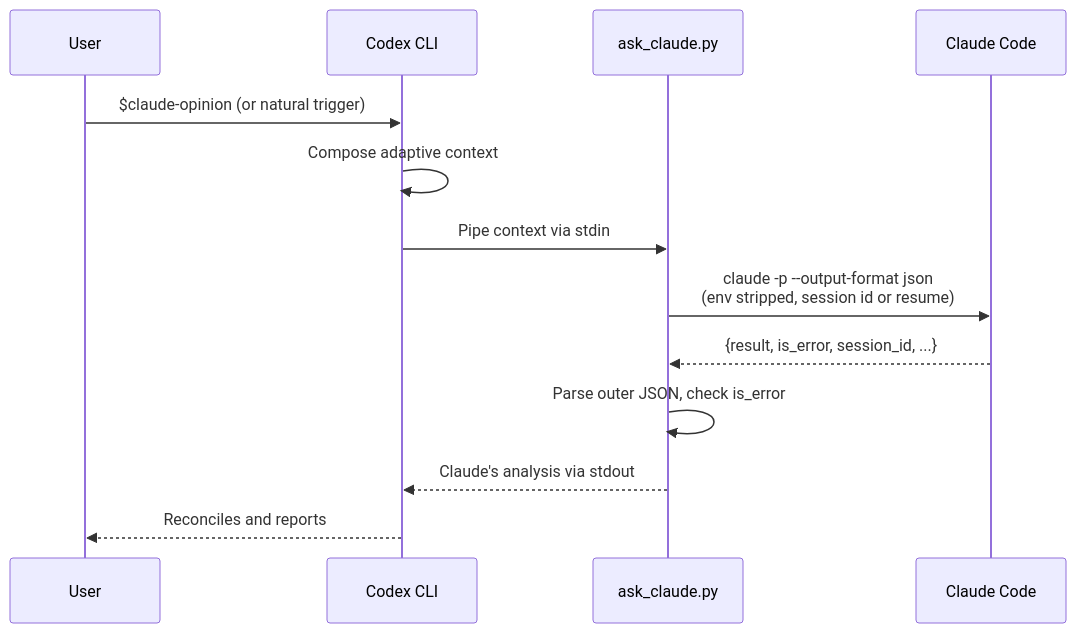
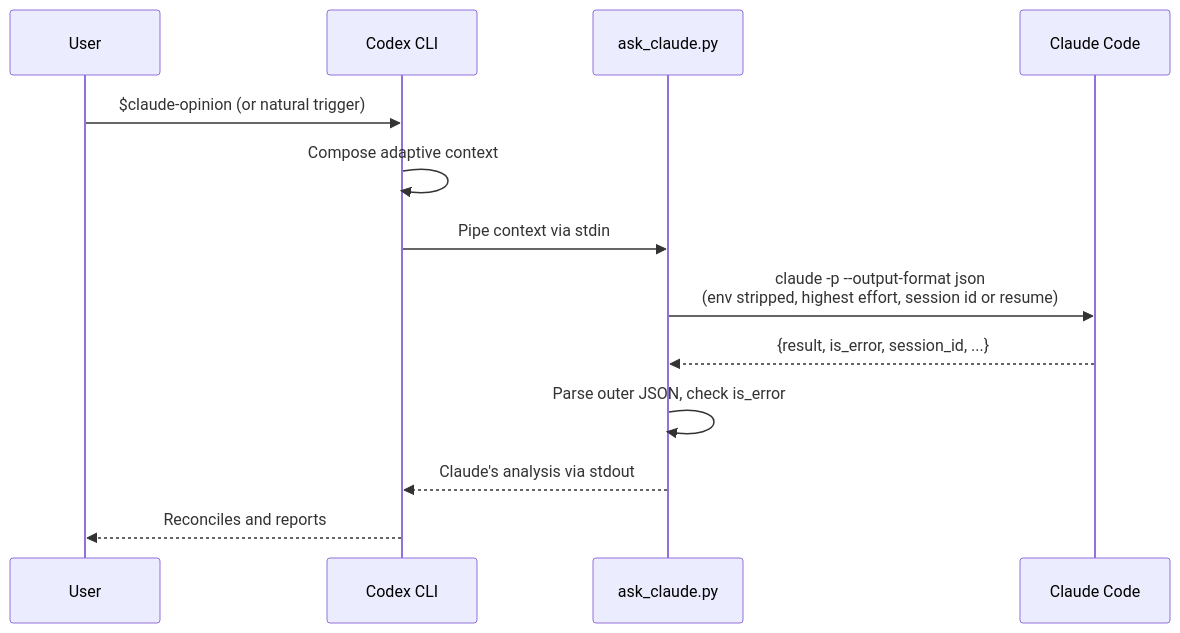
One commit to ehzawad/claude-opinion changed the diagram in README.md. Above: the diagram before and after it, drawn with Mermaid. The commit also changed other lines of this file and 4 other files, not shown here.

Commit message:
Select highest supported Claude effort

````diff
--- a/README.md
+++ b/README.md
@@ -49,16 +49,16 @@
 ```mermaid
 sequenceDiagram
     participant U as User
     participant C as Codex CLI
     participant S as ask_claude.py
     participant X as Claude Code
 
     U->>C: $claude-opinion (or natural trigger)
     C->>C: Compose adaptive context
     C->>S: Pipe context via stdin
-    S->>X: claude -p --output-format json<br/>(env stripped, session id or resume)
+    S->>X: claude -p --output-format json<br/>(env stripped, highest effort, session id or resume)
     X-->>S: {result, is_error, session_id, ...}
     S->>S: Parse outer JSON, check is_error
     S-->>C: Claude's analysis via stdout
     C-->>U: Reconciles and reports
 ```
````
